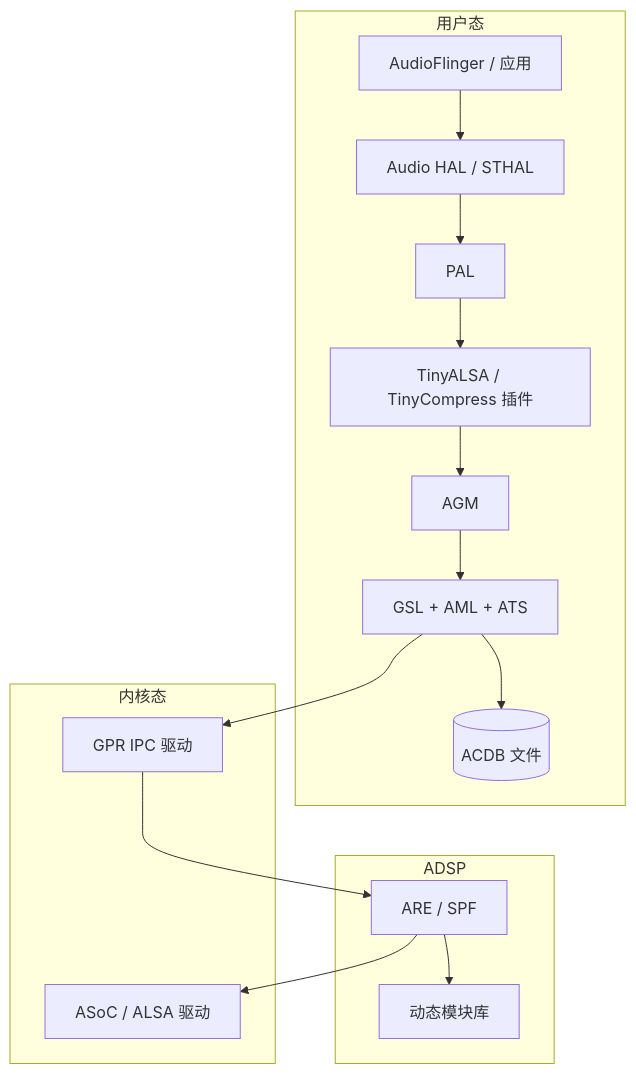
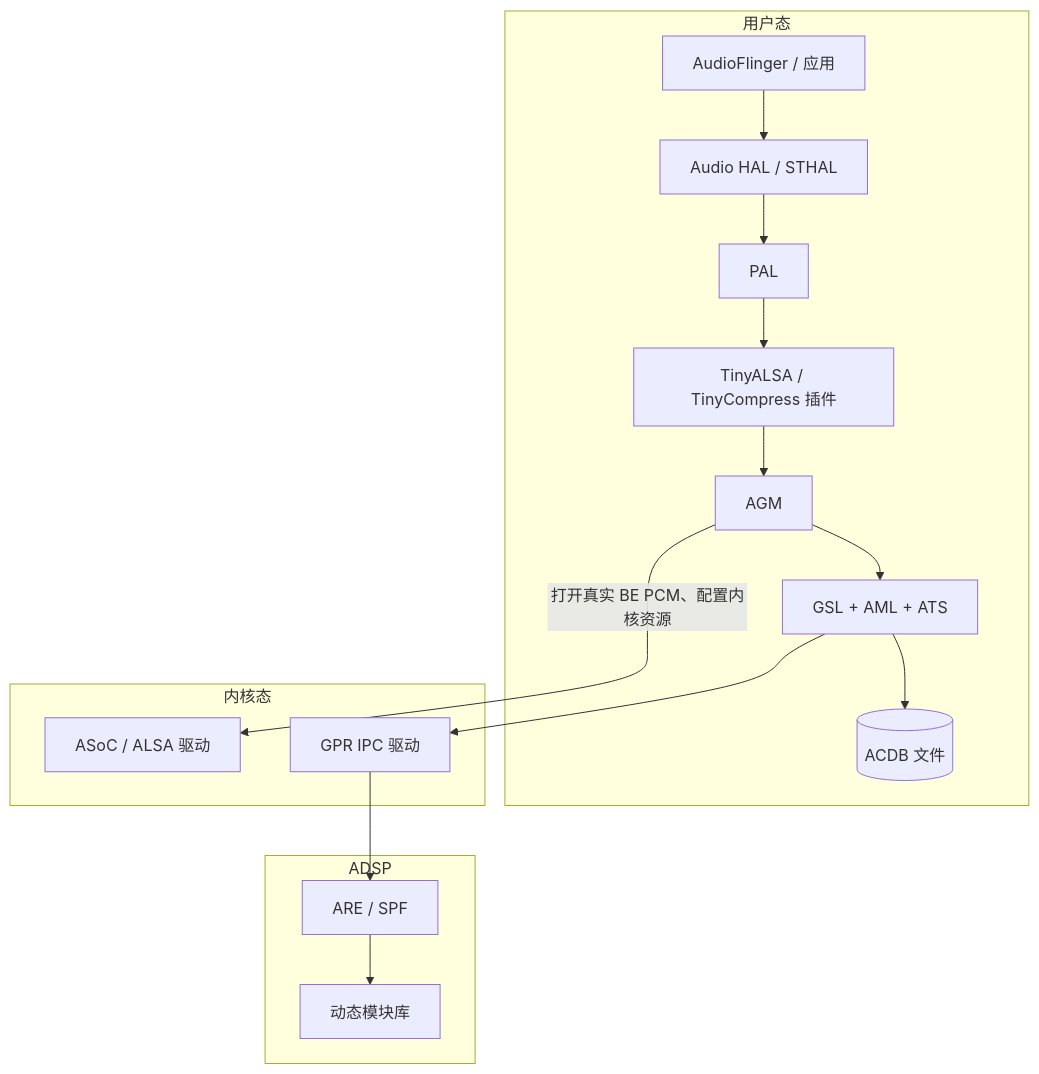
Diagram 22 of 23 in src/content/blog/audioreach-architecture.md (gbaxy/myblog), drawn with Mermaid before and after one commit. The commit also changed other lines of this file, not shown here.

Commit message:
docs: update AudioReach architecture guide to v1.2

````diff
--- a/src/content/blog/audioreach-architecture.md
+++ b/src/content/blog/audioreach-architecture.md
@@ -1252,25 +1421,25 @@
 ```mermaid
 flowchart TB
     subgraph USER["用户态"]
         AF["AudioFlinger / 应用"]
         HAL["Audio HAL / STHAL"]
         PAL["PAL"]
         TAL["TinyALSA / TinyCompress 插件"]
         AGM["AGM"]
         ARGS["GSL + AML + ATS"]
         ACDB[("ACDB 文件")]
     end
     subgraph KERNEL["内核态"]
         ASOC["ASoC / ALSA 驱动"]
         GPRD["GPR IPC 驱动"]
     end
     subgraph DSP["ADSP"]
         SPF["ARE / SPF"]
         DYN["动态模块库"]
     end
     AF --> HAL --> PAL --> TAL --> AGM --> ARGS
     ARGS --> ACDB
     ARGS --> GPRD --> SPF
     SPF --> DYN
-    SPF --> ASOC
+    AGM -->|"打开真实 BE PCM、配置内核资源"| ASOC
 ```
````
